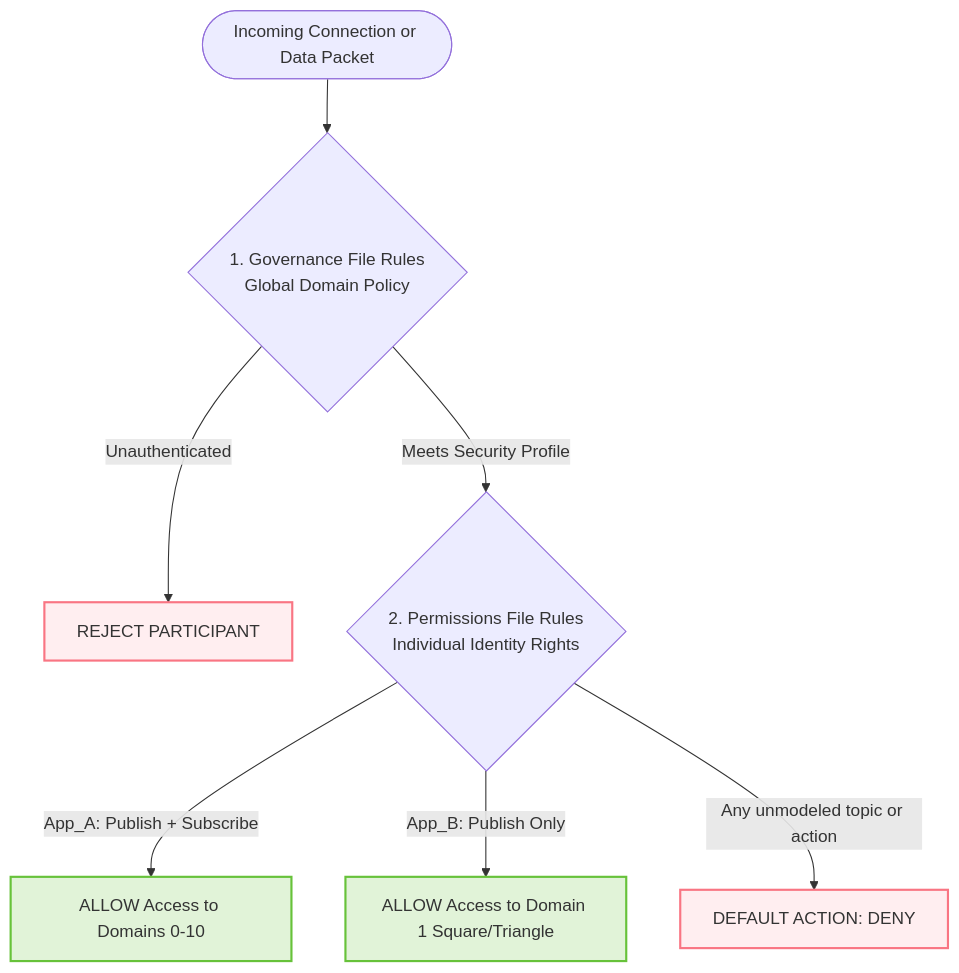
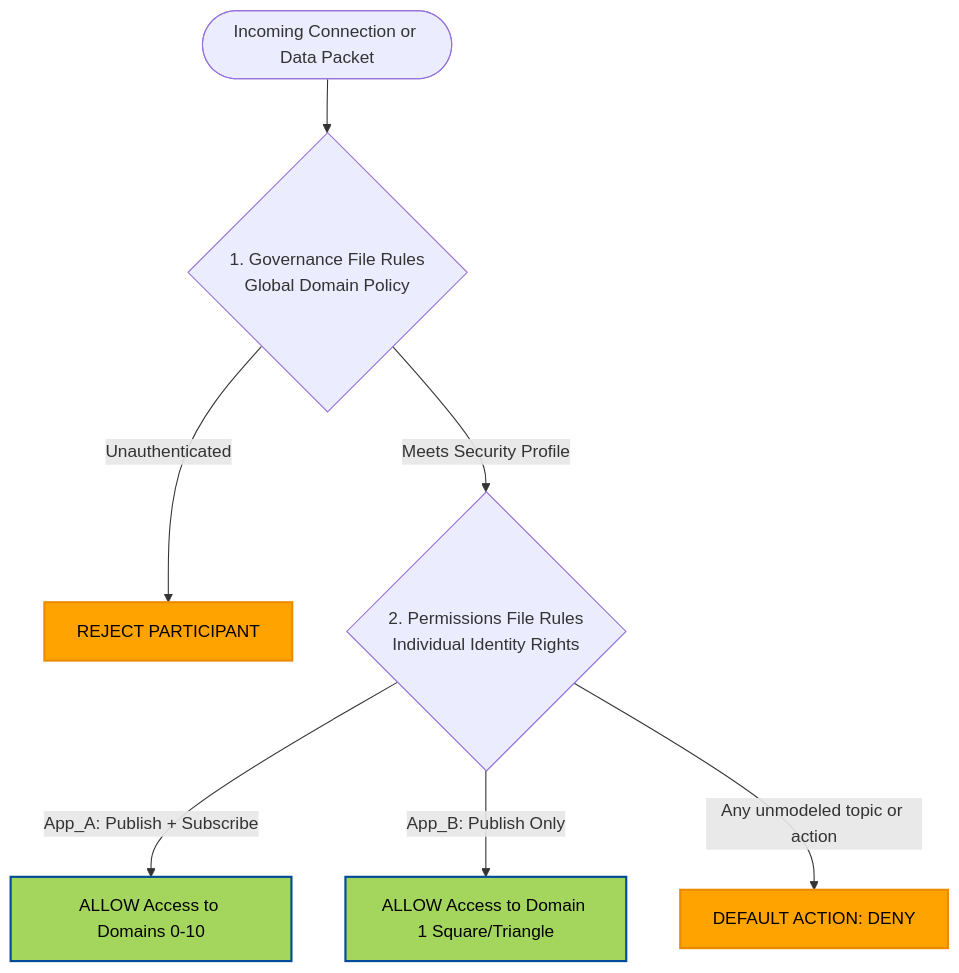
One commit to ajmhs/connext_appliance changed the fourth of 6 diagrams in examples/4. Security/README.md. Above: the diagram before and after it, drawn with Mermaid. The commit also changed other lines of this file and 8 other files, not shown here.

````diff
--- a/examples/4. Security/README.md
+++ b/examples/4. Security/README.md
@@ -83,16 +113,16 @@
 ```mermaid
 graph TD
     Request([Incoming Connection or Data Packet]) --> Gov{1. Governance File Rules <br> Global Domain Policy}
     
     Gov -->|Unauthenticated| Reject[REJECT PARTICIPANT]
     Gov -->|Meets Security Profile| Perm{2. Permissions File Rules <br> Individual Identity Rights}
 
     Perm -->|App_A: Publish + Subscribe| AllowA[ALLOW Access to Domains 0-10]
     Perm -->|App_B: Publish Only| AllowB[ALLOW Access to Domain 1 Square/Triangle]
     Perm -->|Any unmodeled topic or action| Deny[DEFAULT ACTION: DENY]
 
-    style Reject fill:#ffeef0,stroke:#f97583,stroke-width:2px
-    style Deny fill:#ffeef0,stroke:#f97583,stroke-width:2px
-    style AllowA fill:#e1f3d8,stroke:#67c23a,stroke-width:2px
-    style AllowB fill:#e1f3d8,stroke:#67c23a,stroke-width:2px
+    style Reject fill:#FFA300,stroke:#ED8B00,stroke-width:2px,color:#000
+    style Deny fill:#FFA300,stroke:#ED8B00,stroke-width:2px,color:#000
+    style AllowA fill:#A4D65E,stroke:#004C97,stroke-width:2px,color:#000
+    style AllowB fill:#A4D65E,stroke:#004C97,stroke-width:2px,color:#000
 ```
````
